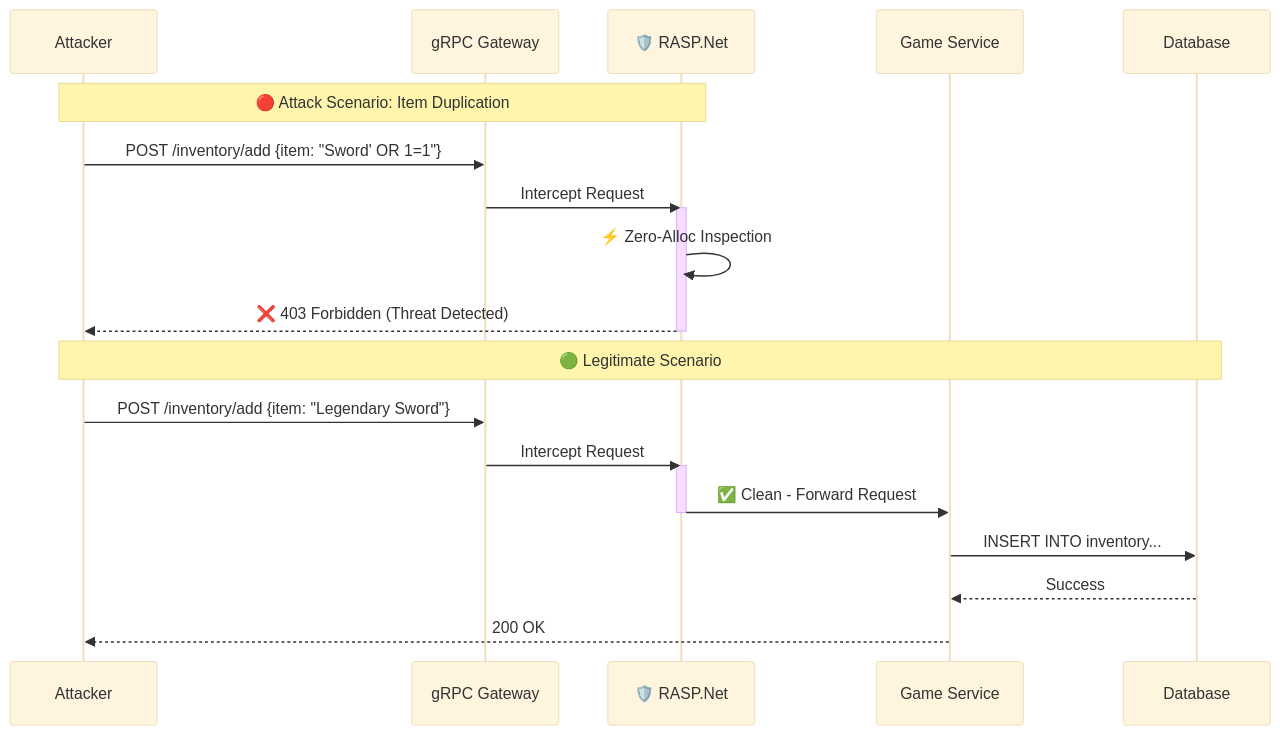
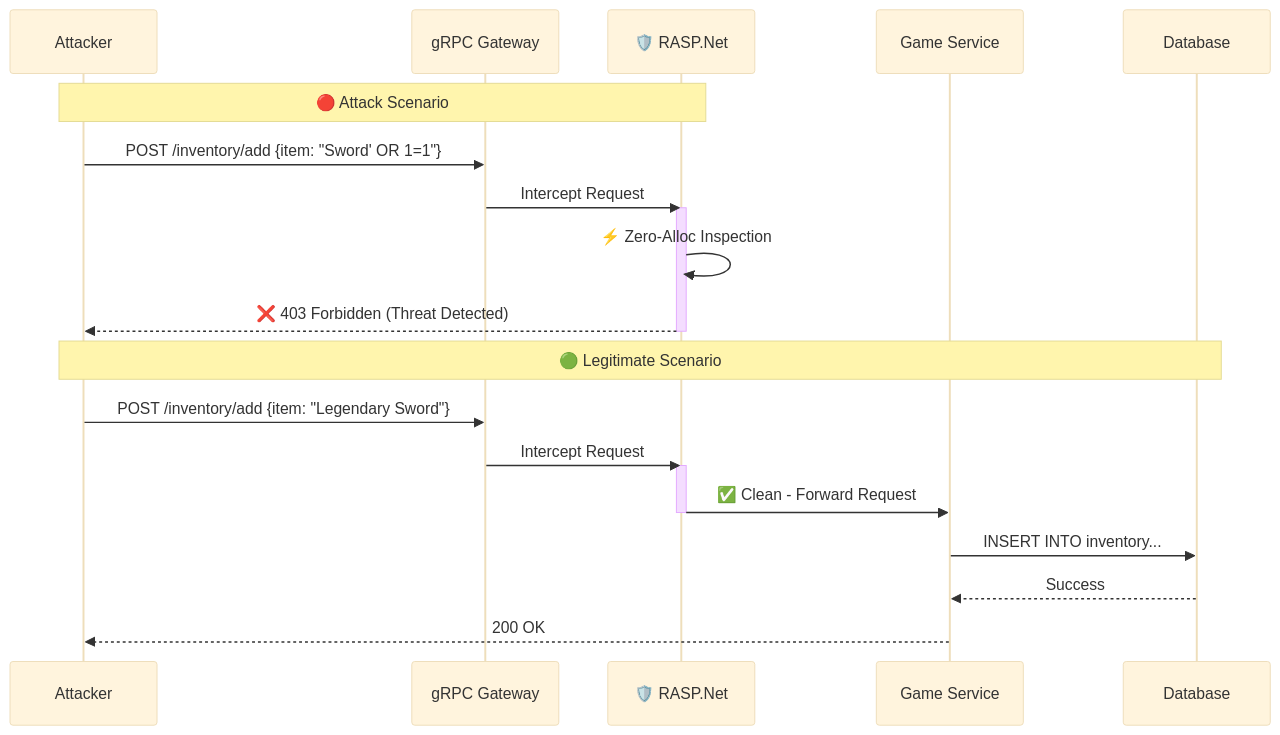
Before and after one commit to JVBotelho/RASP.Net: the diagram in README.md, drawn with Mermaid (base theme). The commit also changed other lines of this file and 59 other files, not shown here.

````diff
--- a/README.md
+++ b/README.md
@@ -86,29 +82,26 @@
 ```mermaid
 sequenceDiagram
     participant Attacker
     participant gRPC as gRPC Gateway
     participant RASP as 🛡️ RASP.Net
     participant GameAPI as Game Service
     participant DB as Database
     
-    Note over Attacker,RASP: 🔴 Attack Scenario: Item Duplication
+    Note over Attacker,RASP: 🔴 Attack Scenario
     Attacker->>gRPC: POST /inventory/add {item: "Sword' OR 1=1"}
     gRPC->>RASP: Intercept Request
-    
     activate RASP
     RASP->>RASP: ⚡ Zero-Alloc Inspection
     RASP-->>Attacker: ❌ 403 Forbidden (Threat Detected)
     deactivate RASP
     
     Note over Attacker,DB: 🟢 Legitimate Scenario
     Attacker->>gRPC: POST /inventory/add {item: "Legendary Sword"}
     gRPC->>RASP: Intercept Request
-    
     activate RASP
     RASP->>GameAPI: ✅ Clean - Forward Request
     deactivate RASP
-    
     GameAPI->>DB: INSERT INTO inventory...
     DB-->>GameAPI: Success
     GameAPI-->>Attacker: 200 OK
 ```
````
